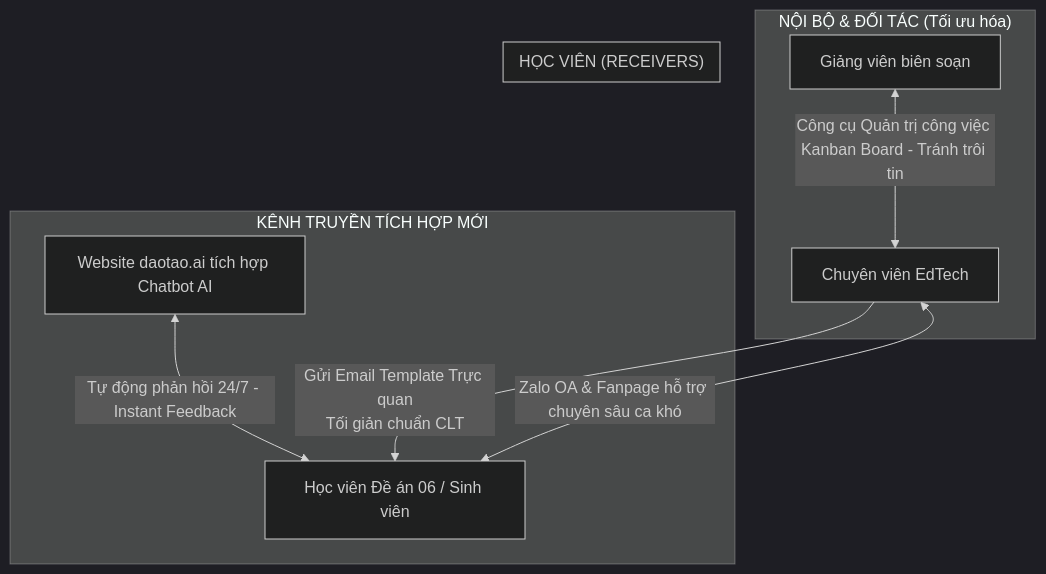
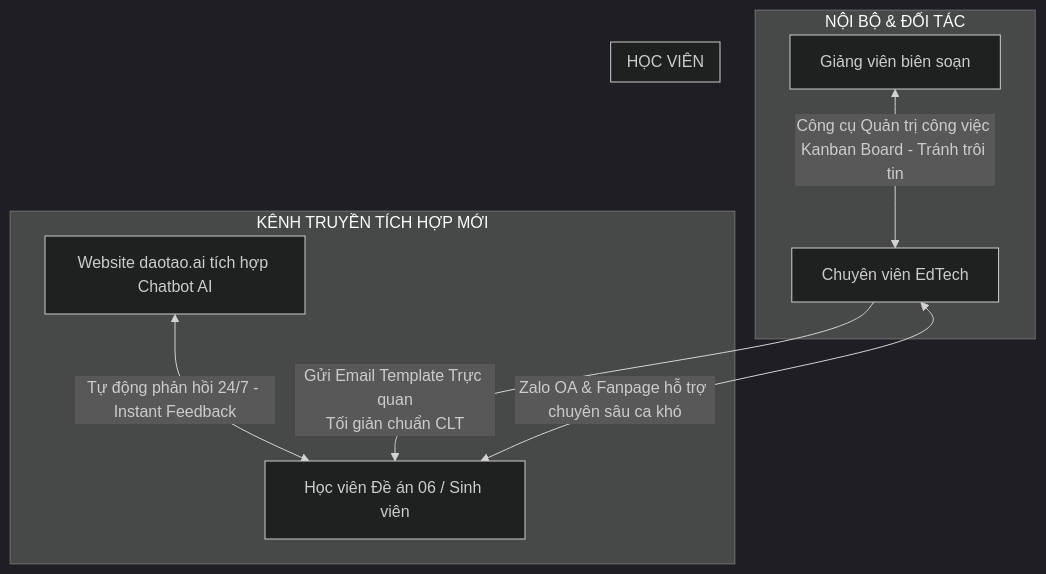
Before and after one commit to hungs1609/nguyenlh: the second of 2 diagrams in khoahoctruyenthong/san_pham_giao_nop/so_do_he_sinh_thai.md, drawn with Mermaid (dark theme). The commit also changed other lines of this file and 29 other files, not shown here.

````diff
--- a/khoahoctruyenthong/san_pham_giao_nop/so_do_he_sinh_thai.md
+++ b/khoahoctruyenthong/san_pham_giao_nop/so_do_he_sinh_thai.md
@@ -48,16 +48,16 @@
 ```mermaid
 graph TD
-    subgraph "NỘI BỘ & ĐỐI TÁC (Tối ưu hóa)"
+    subgraph "NỘI BỘ & ĐỐI TÁC"
         GV[Giảng viên biên soạn] <-->|Công cụ Quản trị công việc Kanban Board - Tránh trôi tin| EdTech[Chuyên viên EdTech]
     end
 
     subgraph "KÊNH TRUYỀN TÍCH HỢP MỚI"
         EdTech -->|Gửi Email Template Trực quan<br>Tối giản chuẩn CLT| HV
         Web[Website daotao.ai tích hợp Chatbot AI] <-->|Tự động phản hồi 24/7 - Instant Feedback| HV
         EdTech <-->|Zalo OA & Fanpage hỗ trợ chuyên sâu ca khó| HV
     end
 
-    subgraph "HỌC VIÊN (RECEIVERS)"
+    subgraph "HỌC VIÊN"
         HV[Học viên Đề án 06 / Sinh viên]
     end
 ```
````
